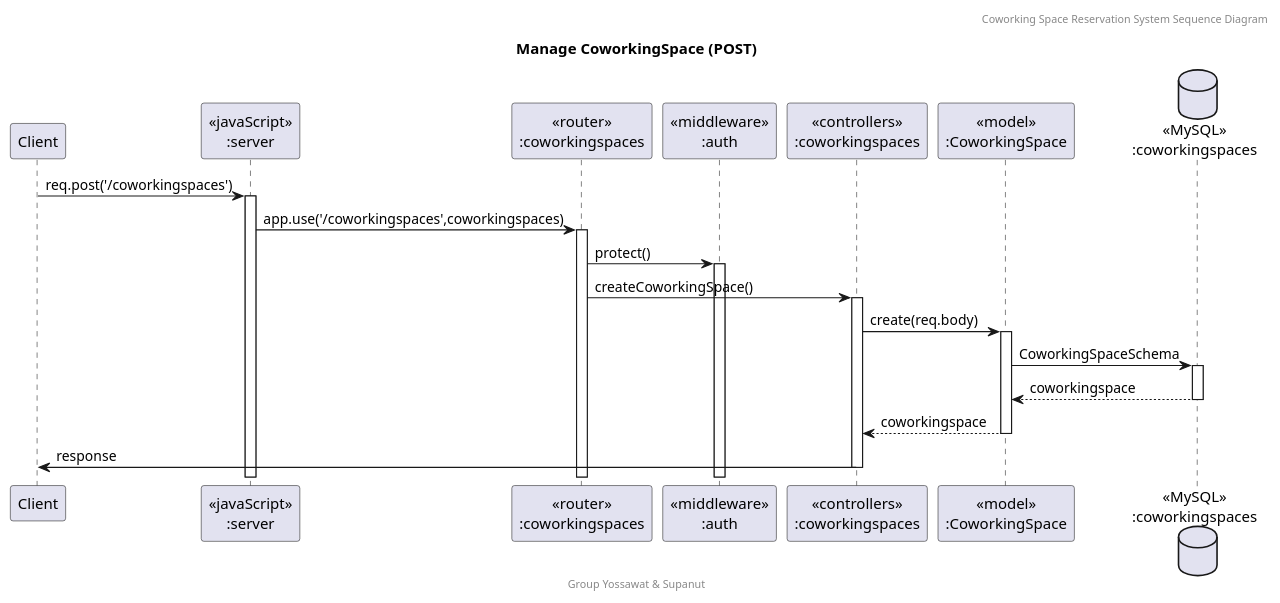
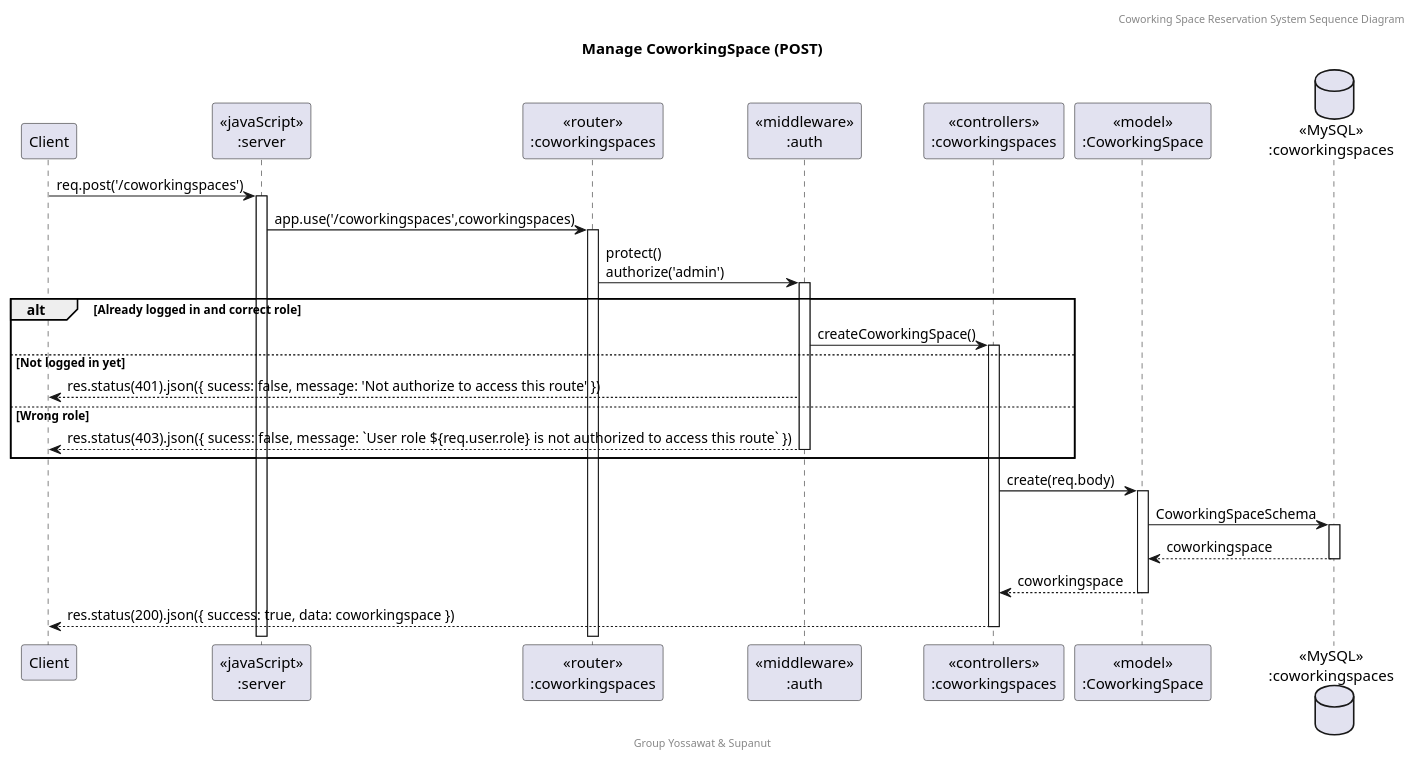
One commit to SupanutT/sw-dev-prac-project changed the diagram in doc/Sequence Diagram/puml/Co_Post.puml. Above: the diagram before and after it, drawn with PlantUML. The commit also changed 2 other files, not shown here.

Commit message:
feat: sequence diagram (coworkingspace)

```diff
--- a/doc/Sequence Diagram/puml/Co_Post.puml
+++ b/doc/Sequence Diagram/puml/Co_Post.puml
@@ -1,25 +1,31 @@
 @startuml Manage CoworkingSpace (POST)
 
 header Coworking Space Reservation System Sequence Diagram
 footer Group Yossawat & Supanut
 title "Manage CoworkingSpace (POST)"
 
 participant "Client" as client
 participant "<<javaScript>>\n:server" as server
 participant "<<router>>\n:coworkingspaces" as routerCoworkingSpaces
 participant "<<middleware>>\n:auth" as middleware
 participant "<<controllers>>\n:coworkingspaces" as controllersCoworkingSpaces
 participant "<<model>>\n:CoworkingSpace" as modelCoworkingSpace
 database "<<MySQL>>\n:coworkingspaces" as CoworkingSpacesDatabase
 
 client->server ++:req.post('/coworkingspaces')
 server->routerCoworkingSpaces ++:app.use('/coworkingspaces',coworkingspaces)
-routerCoworkingSpaces -> middleware ++:protect()
-routerCoworkingSpaces -> controllersCoworkingSpaces ++:createCoworkingSpace()
+routerCoworkingSpaces -> middleware ++:protect()\nauthorize('admin')
+alt Already logged in and correct role
+    middleware -> controllersCoworkingSpaces ++: createCoworkingSpace()
+else Not logged in yet
+    middleware --> client : res.status(401).json({ sucess: false, message: 'Not authorize to access this route' })
+else Wrong role
+    middleware --> client --: res.status(403).json({ sucess: false, message: `User role ${req.user.role} is not authorized to access this route` })
+end
 controllersCoworkingSpaces-> modelCoworkingSpace ++:create(req.body)
 modelCoworkingSpace -> CoworkingSpacesDatabase ++: CoworkingSpaceSchema
 CoworkingSpacesDatabase --> modelCoworkingSpace --: coworkingspace
 controllersCoworkingSpaces <-- modelCoworkingSpace --:coworkingspace
-controllersCoworkingSpaces->client --:response
+controllersCoworkingSpaces --> client --: res.status(200).json({ success: true, data: coworkingspace })
 
 @enduml
```
